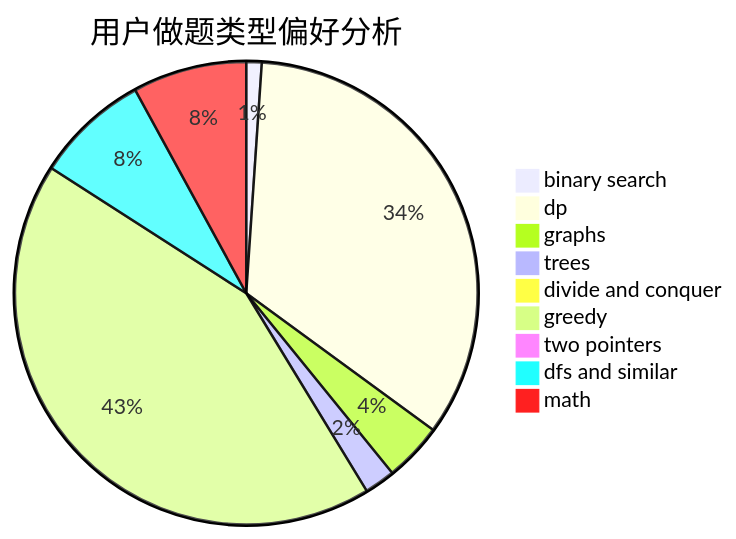
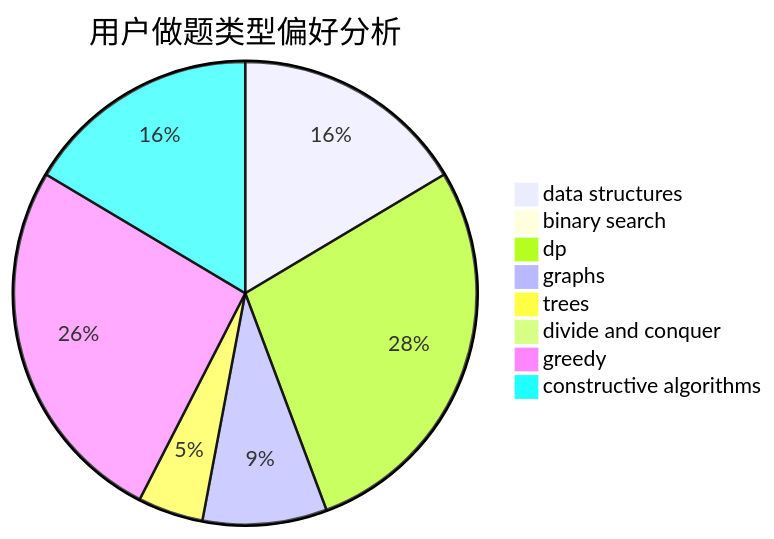
The second of 3 diagrams in docs/user/u2349.md (sherpahu/cfrs.github.io), drawn with Mermaid before and after one commit. The commit also changed other lines of this file and 2775 other files, not shown here.

````diff
--- a/docs/user/u2349.md
+++ b/docs/user/u2349.md
@@ -23,12 +23,11 @@
 ```mermaid
 pie title 用户做题类型偏好分析
-    "binary search" :  5
-    "dp" :  158
+    "data structures" :  36
+    "binary search" :  1
+    "dp" :  61
     "graphs" :  19
     "trees" :  10
     "divide and conquer" :  0
-    "greedy" :  199
-    "two pointers" :  3
-    "dfs and similar" :  37
-    "math" :  37
+    "greedy" :  57
+    "constructive algorithms" :  36
 ```
````
